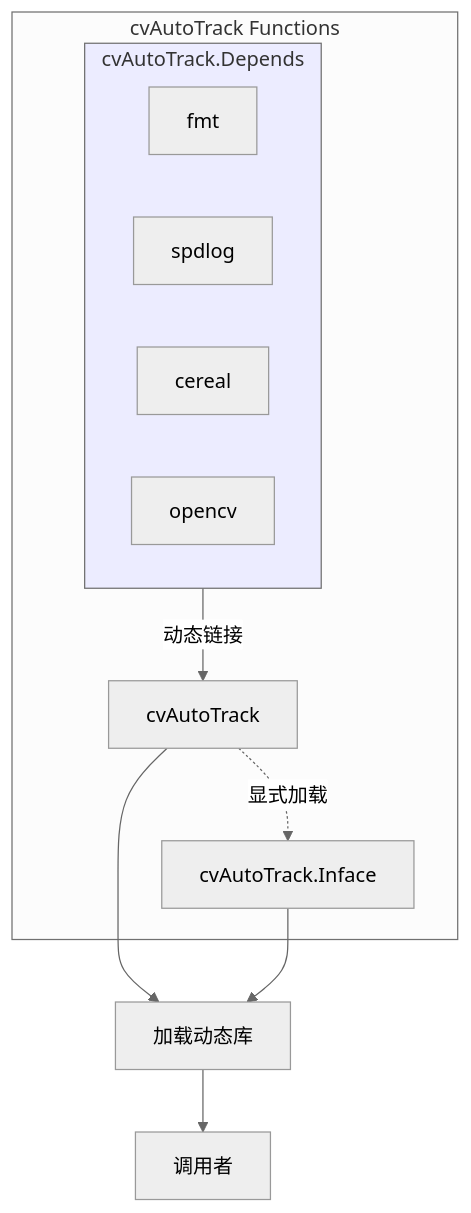
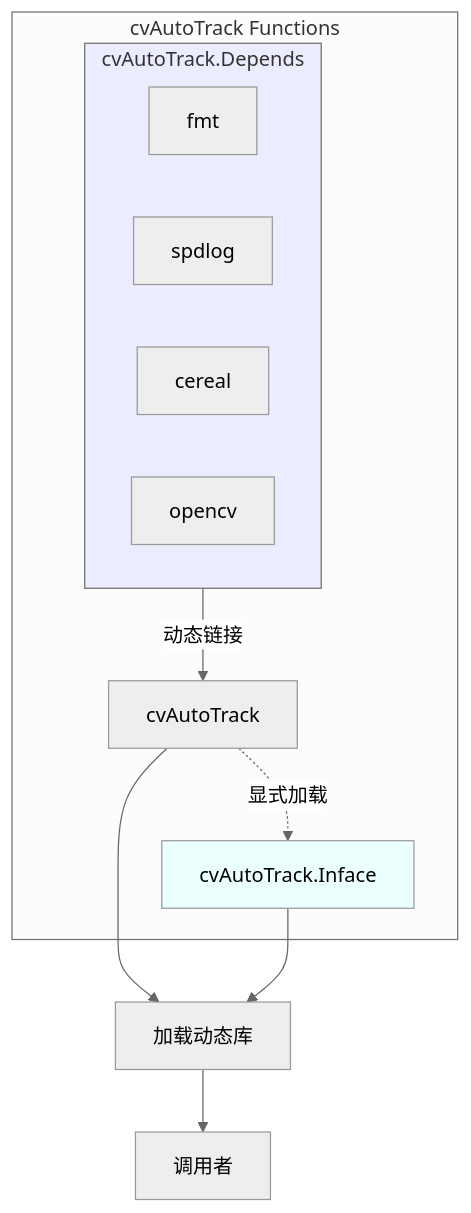
The diagram in README.md (GengGode/cvAutoTrack.Inface), drawn with Mermaid (neutral theme) before and after one commit.

````diff
--- a/README.md
+++ b/README.md
@@ -4,18 +4,20 @@
 ```mermaid
 flowchart TD
     subgraph cvAutoTrack Functions
         subgraph cvAutoTrack.Depends
             fmt[fmt]
             spdlog[spdlog]
             cereal[cereal]
             opencv[opencv]
         end    
         cvAutoTrack.Depends -->| 动态链接 | Base
         Base[cvAutoTrack] -.->| 显式加载 | Inface[cvAutoTrack.Inface]
         classDef color fill:#ececff;
         class cvAutoTrack.Depends color
+        classDef border_color fill:#ecffff;
+        class Inface border_color
     end
     Base -->   load[加载动态库]
     Inface --> load[加载动态库]
     load --> world[调用者]
 ```
````
